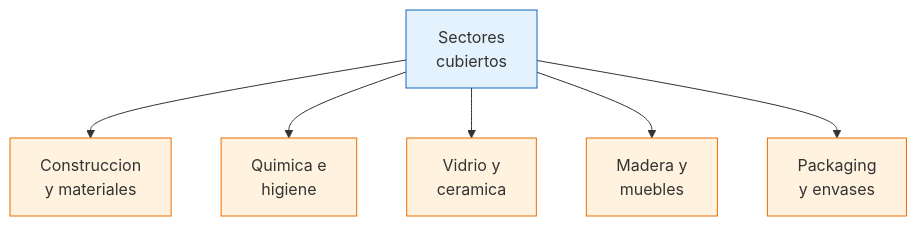
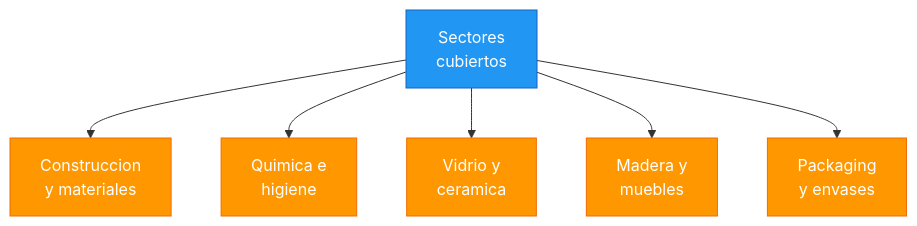
One commit to barrosignacioezequiel-coder/docs changed the diagram in app/paso1-argentina/encontrar-fabricas/camaras-construccion-quimica.mdx. Above: the diagram before and after it, drawn with Mermaid. The commit also changed 66 other files, not shown here.

First line of the commit message:
fix: resolve Mermaid v11 numbered list errors + improve contrast

````diff
--- a/app/paso1-argentina/encontrar-fabricas/camaras-construccion-quimica.mdx
+++ b/app/paso1-argentina/encontrar-fabricas/camaras-construccion-quimica.mdx
@@ -15,15 +15,15 @@
 ```mermaid
 graph TD
     A["Sectores<br/>cubiertos"] --> B["Construccion<br/>y materiales"]
     A --> C["Quimica e<br/>higiene"]
     A --> D["Vidrio y<br/>ceramica"]
     A --> E["Madera y<br/>muebles"]
     A --> F["Packaging<br/>y envases"]
 
-    style A fill:#e3f2fd,stroke:#1565c0
-    style B fill:#fff3e0,stroke:#ef6c00
-    style C fill:#fff3e0,stroke:#ef6c00
-    style D fill:#fff3e0,stroke:#ef6c00
-    style E fill:#fff3e0,stroke:#ef6c00
-    style F fill:#fff3e0,stroke:#ef6c00
+    style A fill:#2196f3,stroke:#1565c0,color:#fff
+    style B fill:#ff9800,stroke:#ef6c00,color:#fff
+    style C fill:#ff9800,stroke:#ef6c00,color:#fff
+    style D fill:#ff9800,stroke:#ef6c00,color:#fff
+    style E fill:#ff9800,stroke:#ef6c00,color:#fff
+    style F fill:#ff9800,stroke:#ef6c00,color:#fff
 ```
````
